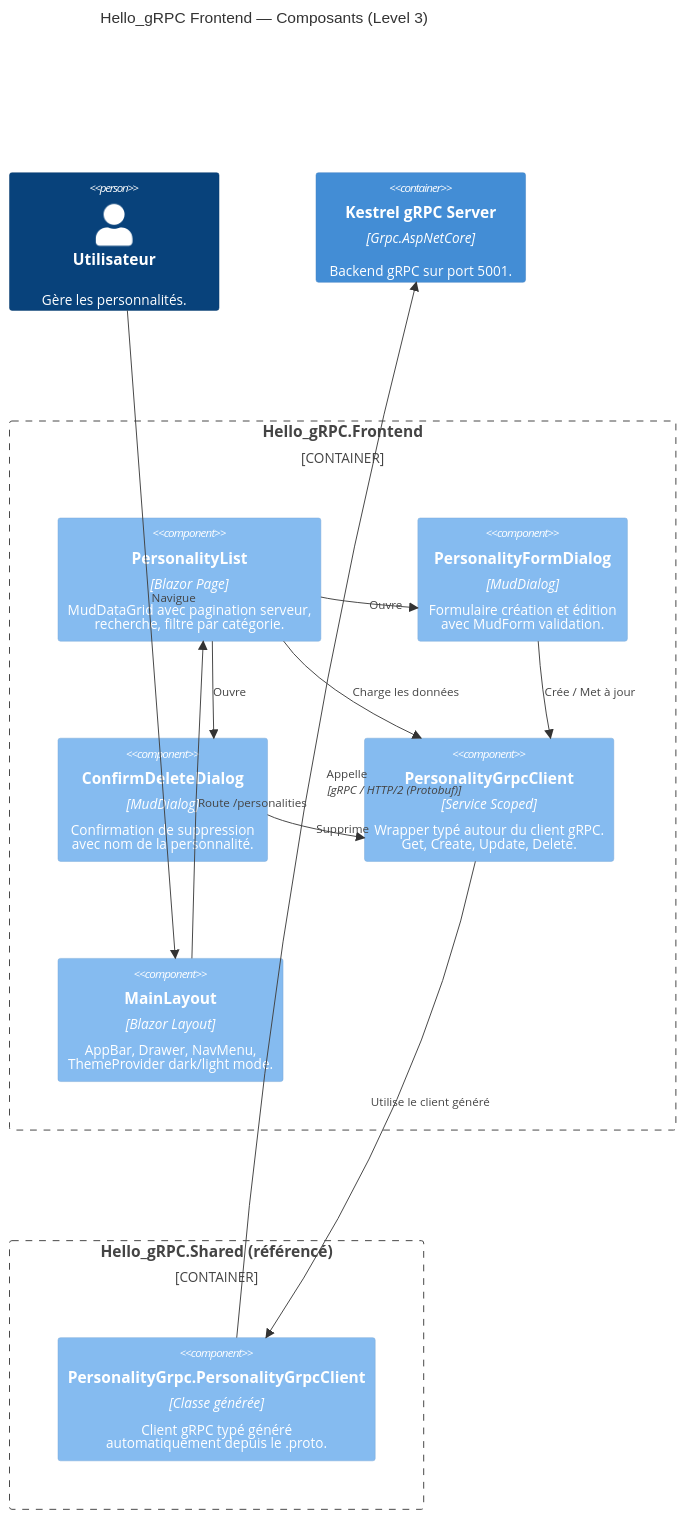
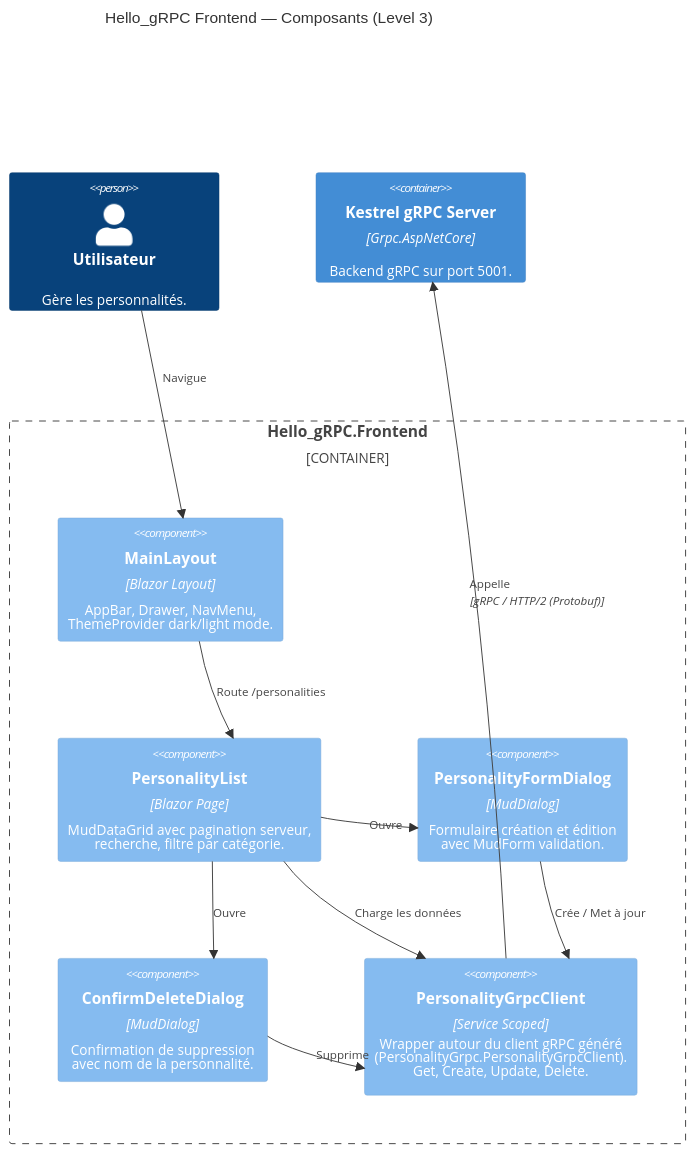
One commit to Raph8277/Hello_gRPC changed the fifth of 8 diagrams in docs/architecture-c4.md. Above: the diagram before and after it, drawn with Mermaid. The commit also changed other lines of this file and 1 other file, not shown here.

````diff
--- a/docs/architecture-c4.md
+++ b/docs/architecture-c4.md
@@ -562,39 +549,34 @@
 ```mermaid
 C4Component
     title Hello_gRPC Frontend — Composants (Level 3)
 
     Person(user, "Utilisateur", "Gère les personnalités.")
 
     Container_Boundary(frontend, "Hello_gRPC.Frontend") {
 
+        Component(layout, "MainLayout", "Blazor Layout", "AppBar, Drawer, NavMenu,<br/>ThemeProvider dark/light mode.")
+
         Component(listPage, "PersonalityList", "Blazor Page", "MudDataGrid avec pagination serveur,<br/>recherche, filtre par catégorie.")
 
         Component(formDialog, "PersonalityFormDialog", "MudDialog", "Formulaire création et édition<br/>avec MudForm validation.")
 
         Component(deleteDialog, "ConfirmDeleteDialog", "MudDialog", "Confirmation de suppression<br/>avec nom de la personnalité.")
 
-        Component(grpcWrapper, "PersonalityGrpcClient", "Service Scoped", "Wrapper typé autour du client gRPC.<br/>Get, Create, Update, Delete.")
-
-        Component(layout, "MainLayout", "Blazor Layout", "AppBar, Drawer, NavMenu,<br/>ThemeProvider dark/light mode.")
-    }
-
-    Container_Boundary(sharedRef, "Hello_gRPC.Shared (référencé)") {
-        Component(generatedClient, "PersonalityGrpc.PersonalityGrpcClient", "Classe générée", "Client gRPC typé généré<br/>automatiquement depuis le .proto.")
+        Component(grpcWrapper, "PersonalityGrpcClient", "Service Scoped", "Wrapper autour du client gRPC généré<br/>(PersonalityGrpc.PersonalityGrpcClient).<br/>Get, Create, Update, Delete.")
     }
 
     Container(kestrel, "Kestrel gRPC Server", "Grpc.AspNetCore", "Backend gRPC sur port 5001.")
 
     Rel(user, layout, "Navigue")
     Rel(layout, listPage, "Route /personalities")
+    Rel(listPage, grpcWrapper, "Charge les données")
     Rel(listPage, formDialog, "Ouvre")
     Rel(listPage, deleteDialog, "Ouvre")
-    Rel(listPage, grpcWrapper, "Charge les données")
     Rel(formDialog, grpcWrapper, "Crée / Met à jour")
     Rel(deleteDialog, grpcWrapper, "Supprime")
-    Rel(grpcWrapper, generatedClient, "Utilise le client généré")
-    Rel(generatedClient, kestrel, "Appelle", "gRPC / HTTP/2 (Protobuf)")
+    Rel(grpcWrapper, kestrel, "Appelle", "gRPC / HTTP/2 (Protobuf)")
 
     UpdateRelStyle(user, layout, $offsetY="-40")
-    UpdateRelStyle(generatedClient, kestrel, $offsetY="-40")
+    UpdateRelStyle(grpcWrapper, kestrel, $offsetY="-40")
     UpdateLayoutConfig($c4ShapeInRow="3", $c4BoundaryInRow="1")
 ```
````
